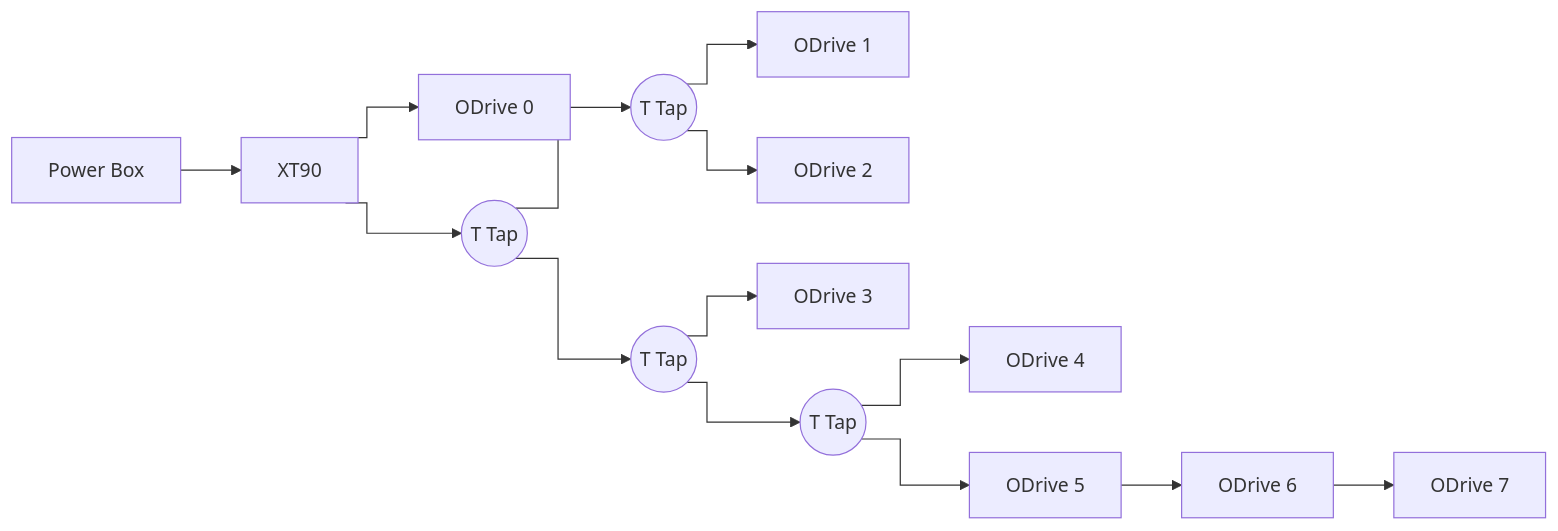
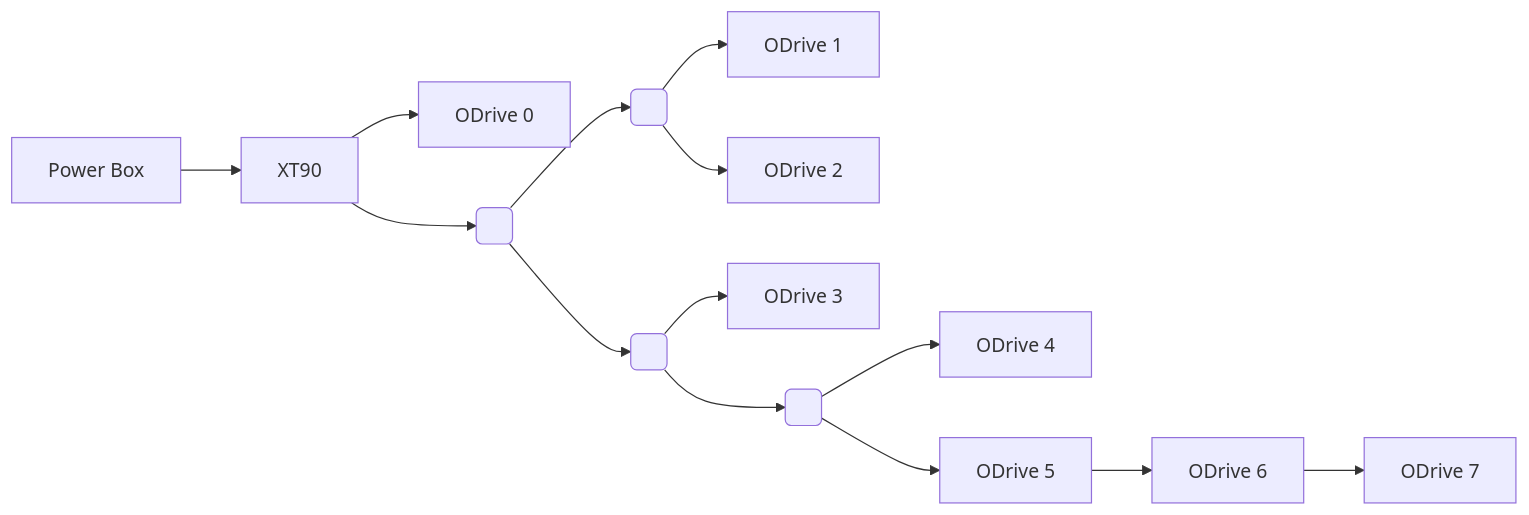
One commit to JesseDarr/dARM changed the second of 2 diagrams in README.md. Above: the diagram before and after it, drawn with Mermaid. The commit also changed other lines of this file, not shown here.

````diff
--- a/README.md
+++ b/README.md
@@ -166,17 +166,18 @@
 ```mermaid
-%%{ init: { 'flowchart': { 'curve': 'step' } } }%%
-flowchart LR
+%%{ init: { 'flowchart': { 'curve': 'basis' } } }%%  
+
+graph LR
     PowerBox[Power Box] --> XT90[XT90]
     XT90 --> ODrive0[ODrive 0]
-    XT90 --> T0((T Tap))
-    T0 --> T1((T Tap))
-    T0 --> T2((T Tap))
+    XT90 --> T0( )
+    T0 --> T1( )
+    T0 --> T2( )
     T1 --> ODrive1[ODrive 1]
     T1 --> ODrive2[ODrive 2]
     T2 --> ODrive3[ODrive 3]
-    T2 --> T3((T Tap))
+    T2 --> T3( )
     T3 --> ODrive4[ODrive 4]
     T3 --> ODrive5[ODrive 5]
     ODrive5 --> ODrive6[ODrive 6]
     ODrive6 --> ODrive7[ODrive 7]
 ```
````
